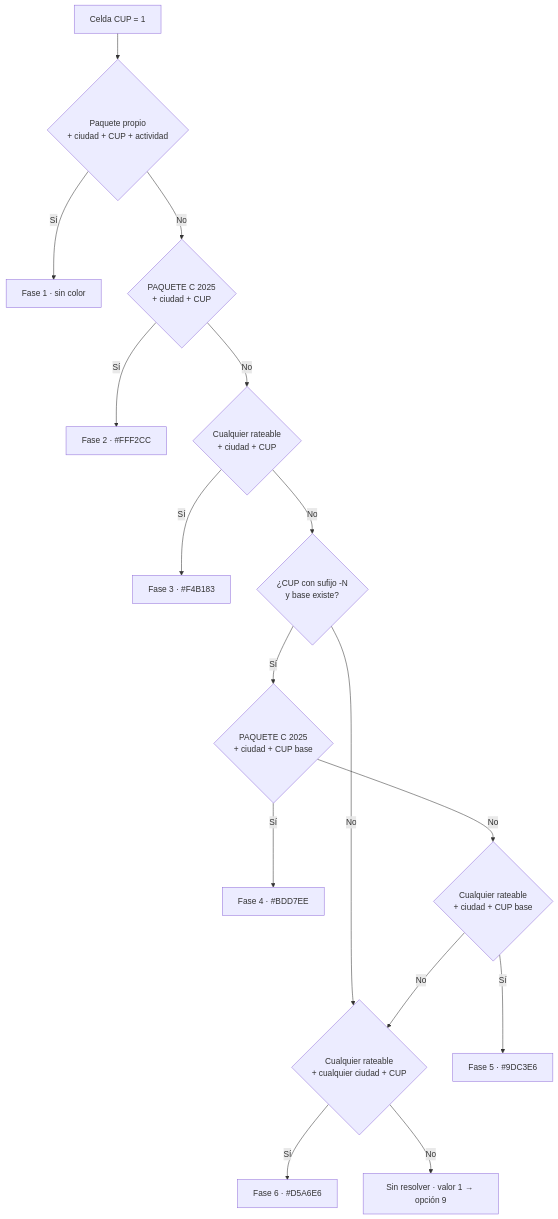
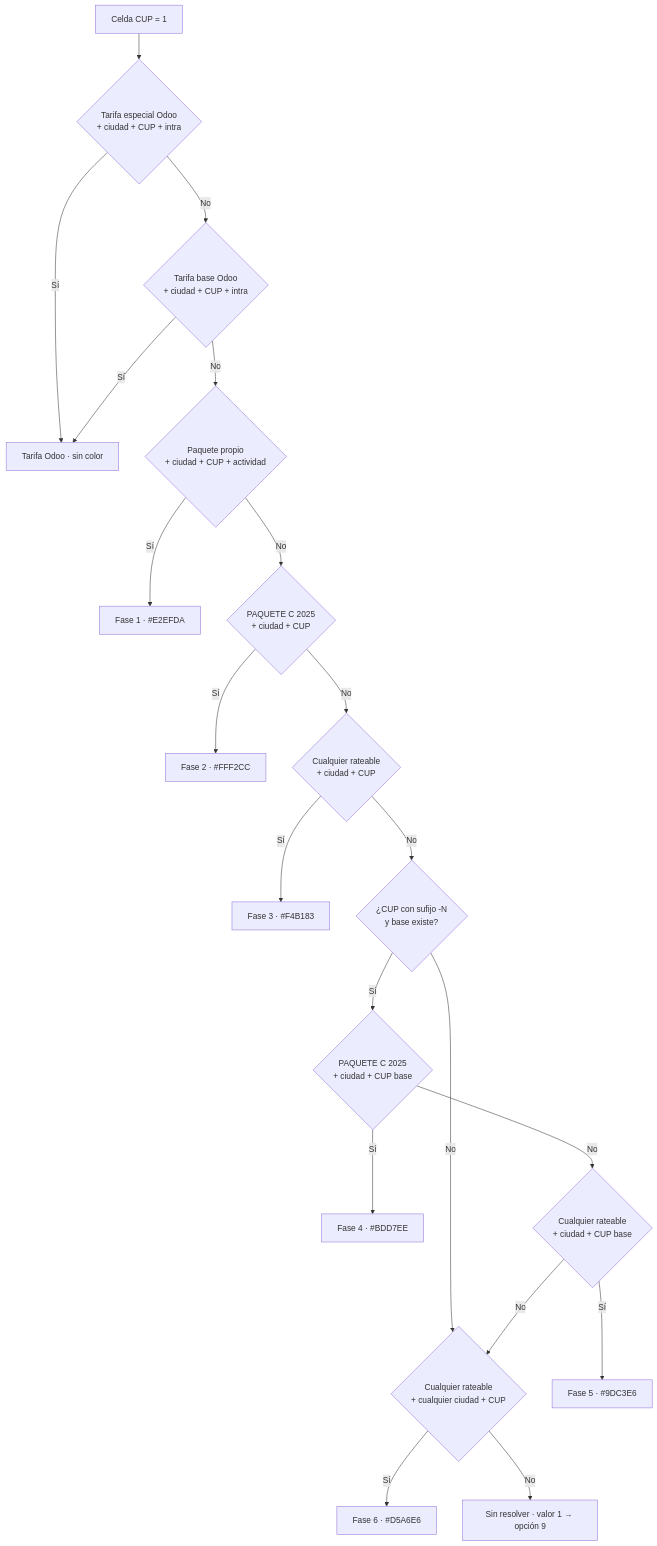
Before and after one commit to santo2409/Facturacion: the ninth of 12 diagrams in docs/c4-diagrams.md, drawn with Mermaid.

Commit message:
docs(docs): update c4-diagrams

````diff
--- a/docs/c4-diagrams.md
+++ b/docs/c4-diagrams.md
@@ -429,18 +429,22 @@
 ```mermaid
 flowchart TD
-    S[Celda CUP = 1] --> P1{Paquete propio<br/>+ ciudad + CUP + actividad}
-    P1 -->|Sí| C1[Fase 1 · sin color]
+    S[Celda CUP = 1] --> OE{Tarifa especial Odoo<br/>+ ciudad + CUP + intra}
+    OE -->|Sí| CO[Tarifa Odoo · sin color]
+    OE -->|No| OB{Tarifa base Odoo<br/>+ ciudad + CUP + intra}
+    OB -->|Sí| CO
+    OB -->|No| P1{Paquete propio<br/>+ ciudad + CUP + actividad}
+    P1 -->|Sí| C1[Fase 1 · #E2EFDA]
     P1 -->|No| P2{PAQUETE C 2025<br/>+ ciudad + CUP}
     P2 -->|Sí| C2[Fase 2 · #FFF2CC]
     P2 -->|No| P3{Cualquier rateable<br/>+ ciudad + CUP}
     P3 -->|Sí| C3[Fase 3 · #F4B183]
     P3 -->|No| H{¿CUP con sufijo -N<br/>y base existe?}
     H -->|No| P6
     H -->|Sí| P4{PAQUETE C 2025<br/>+ ciudad + CUP base}
     P4 -->|Sí| C4[Fase 4 · #BDD7EE]
     P4 -->|No| P5{Cualquier rateable<br/>+ ciudad + CUP base}
     P5 -->|Sí| C5[Fase 5 · #9DC3E6]
     P5 -->|No| P6{Cualquier rateable<br/>+ cualquier ciudad + CUP}
     P6 -->|Sí| C6[Fase 6 · #D5A6E6]
     P6 -->|No| X["Sin resolver · valor 1 → opción 9"]
 ```
````
